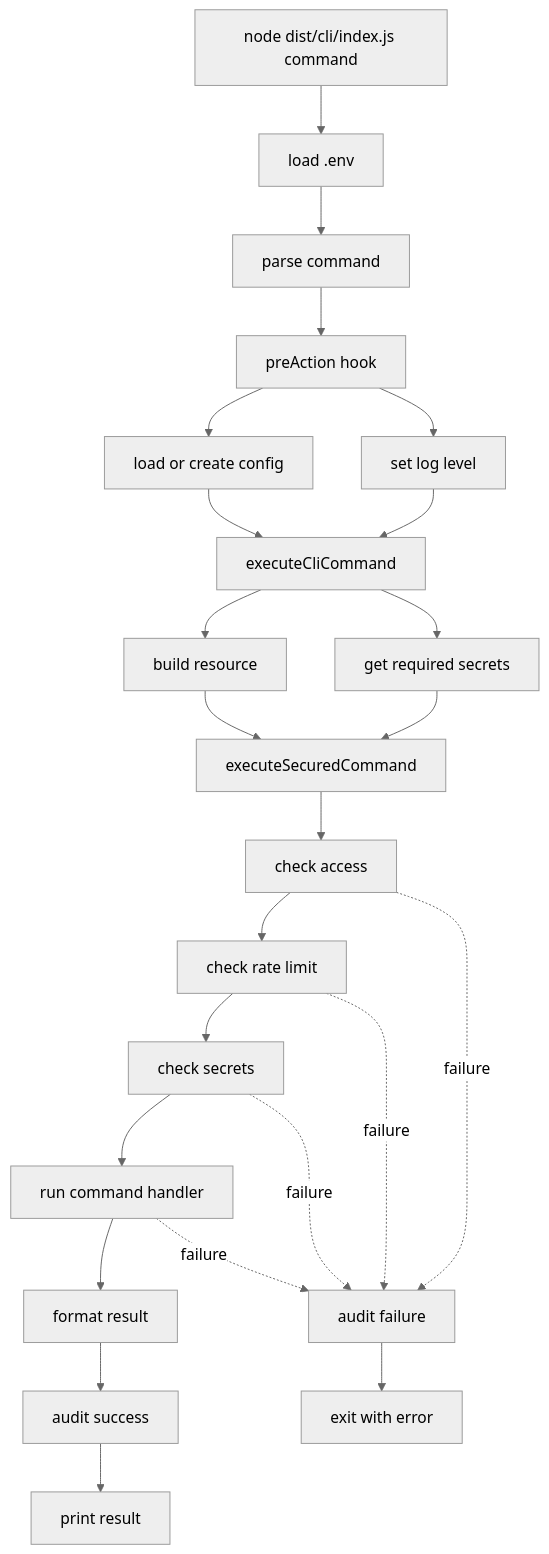
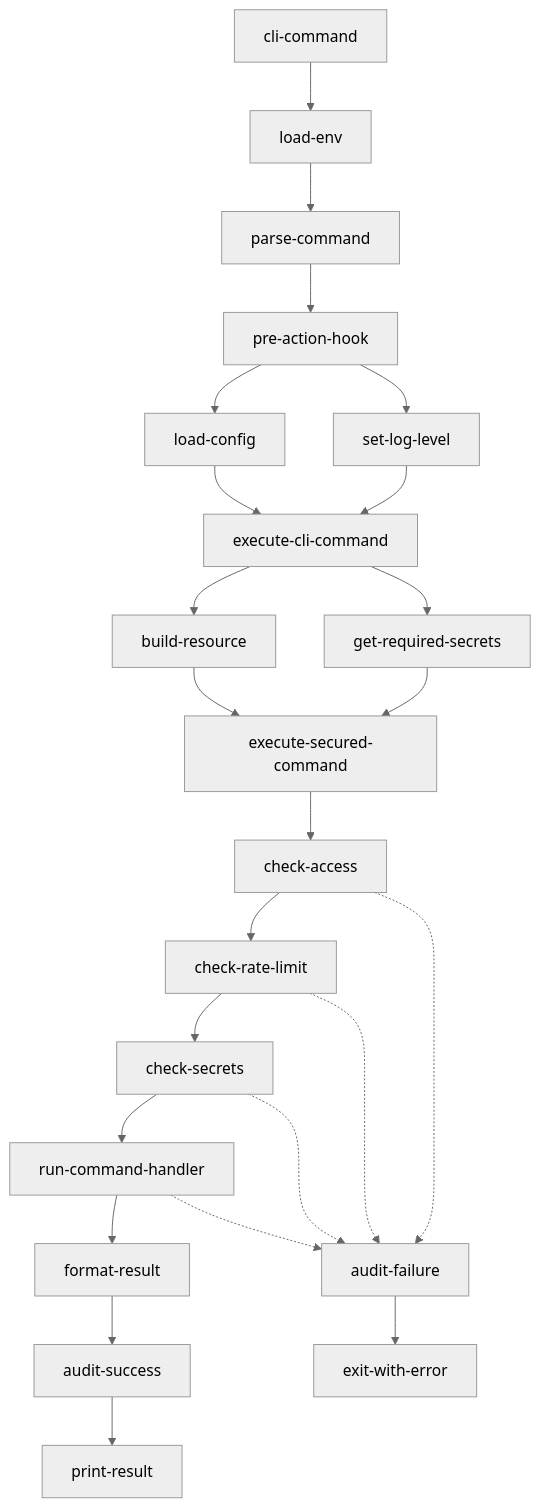
The second of 8 diagrams in 프로그램 흐름도.md (pandol69kim-bot/gitautopipe), drawn with Mermaid (neutral theme) before and after one commit. The commit also changed other lines of this file and 1 other file, not shown here.

Commit message:
feat: Update project diagrams to improve Mermaid compatibility and clarity

````diff
--- a/프로그램 흐름도.md
+++ b/프로그램 흐름도.md
@@ -28,29 +28,45 @@
 ```mermaid
-flowchart TB
-  Start["node dist/cli/index.js command"] --> Dotenv["load .env"]
-  Dotenv --> Parse["parse command"]
-  Parse --> PreAction["preAction hook"]
-  PreAction --> Config["load or create config"]
-  PreAction --> Logger["set log level"]
-  Config --> Secured["executeCliCommand"]
-  Logger --> Secured
-
-  Secured --> Resource["build resource"]
-  Secured --> Secrets["get required secrets"]
-  Resource --> Security["executeSecuredCommand"]
-  Secrets --> Security
-
-  Security --> Access["check access"]
-  Access --> RateLimit["check rate limit"]
-  RateLimit --> SecretCheck["check secrets"]
-  SecretCheck --> Handler["run command handler"]
-  Handler --> Format["format result"]
-  Format --> AuditSuccess["audit success"]
-  AuditSuccess --> Output["print result"]
-
-  Access -. failure .-> AuditFail["audit failure"]
-  RateLimit -. failure .-> AuditFail
-  SecretCheck -. failure .-> AuditFail
-  Handler -. failure .-> AuditFail
-  AuditFail --> Error["exit with error"]
+graph TD
+Start[cli-command]
+Dotenv[load-env]
+Parse[parse-command]
+PreAction[pre-action-hook]
+Config[load-config]
+Logger[set-log-level]
+Secured[execute-cli-command]
+Resource[build-resource]
+Secrets[get-required-secrets]
+Security[execute-secured-command]
+Access[check-access]
+RateLimit[check-rate-limit]
+SecretCheck[check-secrets]
+Handler[run-command-handler]
+Format[format-result]
+AuditSuccess[audit-success]
+Output[print-result]
+AuditFail[audit-failure]
+Error[exit-with-error]
+Start --> Dotenv
+Dotenv --> Parse
+Parse --> PreAction
+PreAction --> Config
+PreAction --> Logger
+Config --> Secured
+Logger --> Secured
+Secured --> Resource
+Secured --> Secrets
+Resource --> Security
+Secrets --> Security
+Security --> Access
+Access --> RateLimit
+RateLimit --> SecretCheck
+SecretCheck --> Handler
+Handler --> Format
+Format --> AuditSuccess
+AuditSuccess --> Output
+Access -.-> AuditFail
+RateLimit -.-> AuditFail
+SecretCheck -.-> AuditFail
+Handler -.-> AuditFail
+AuditFail --> Error
 ```
````
